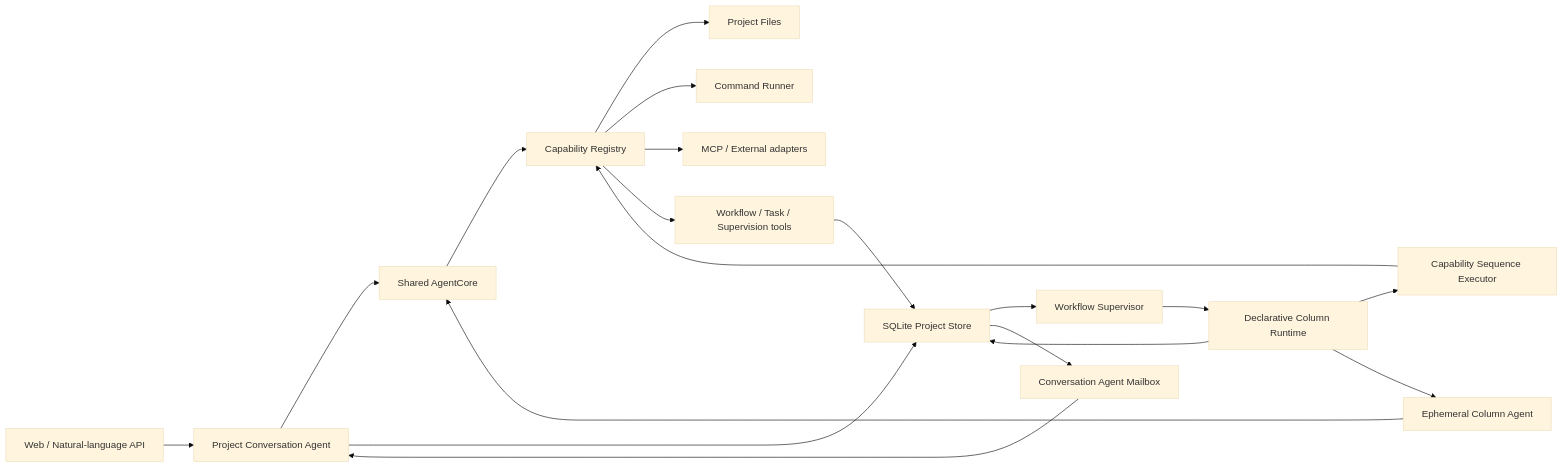
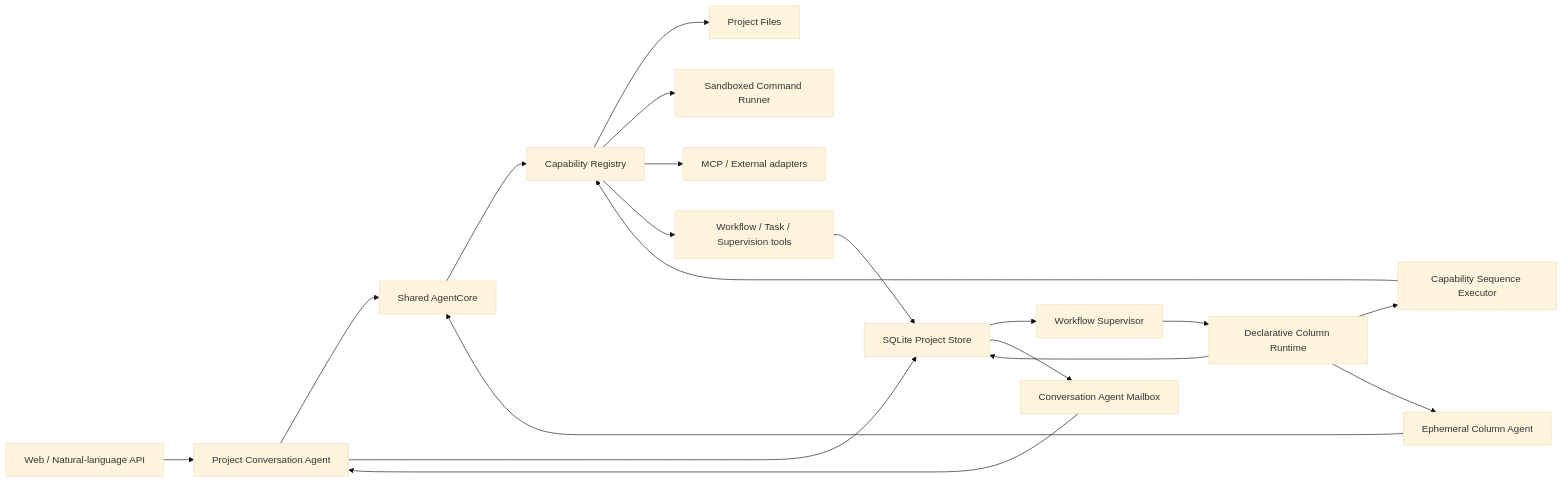
Before and after one commit to zanghongtu2006/DevWerk: the first of 2 diagrams in DevWerk/docs/generic-conversation-agent-and-declarative-column-runtime.md, drawn with Mermaid (base theme). The commit also changed other lines of this file and 2 other files, not shown here.

````diff
--- a/DevWerk/docs/generic-conversation-agent-and-declarative-column-runtime.md
+++ b/DevWerk/docs/generic-conversation-agent-and-declarative-column-runtime.md
@@ -42,21 +44,21 @@
 ```mermaid
 flowchart LR
     User["Web / Natural-language API"] --> CA["Project Conversation Agent"]
     CA --> Core["Shared AgentCore"]
     Core --> Registry["Capability Registry"]
     Registry --> Files["Project Files"]
-    Registry --> Commands["Command Runner"]
+    Registry --> Commands["Sandboxed Command Runner"]
     Registry --> MCP["MCP / External adapters"]
     Registry --> Control["Workflow / Task / Supervision tools"]
     CA --> Store["SQLite Project Store"]
     Control --> Store
     Store --> Supervisor["Workflow Supervisor"]
     Supervisor --> Runtime["Declarative Column Runtime"]
     Runtime --> Sequence["Capability Sequence Executor"]
     Runtime --> ColumnAgent["Ephemeral Column Agent"]
     ColumnAgent --> Core
     Sequence --> Registry
     Runtime --> Store
     Store --> Mailbox["Conversation Agent Mailbox"]
     Mailbox --> CA
 ```
````
